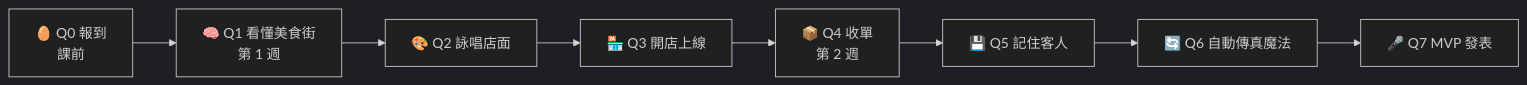
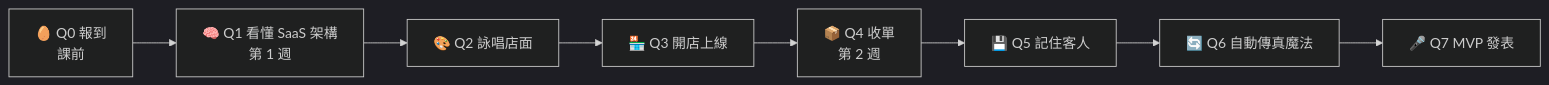
One commit to cychiang-ntpu/VibeNTPU changed the diagram in docs/quest_map.md. Above: the diagram before and after it, drawn with Mermaid (dark theme). The commit also changed other lines of this file and 37 other files, not shown here.

First line of the commit message:
Switch workflow to VS Code + GitHub Copilot; add social-media SaaS architecture

````diff
--- a/docs/quest_map.md
+++ b/docs/quest_map.md
@@ -12,10 +12,10 @@
 ```mermaid
 flowchart LR
-    Q0["🥚 Q0 報到<br/>課前"] --> Q1["🧠 Q1 看懂美食街<br/>第 1 週"]
+    Q0["🥚 Q0 報到<br/>課前"] --> Q1["🧠 Q1 看懂 SaaS 架構<br/>第 1 週"]
     Q1 --> Q2["🎨 Q2 詠唱店面"]
     Q2 --> Q3["🏪 Q3 開店上線"]
     Q3 --> Q4["📦 Q4 收單<br/>第 2 週"]
     Q4 --> Q5["💾 Q5 記住客人"]
     Q5 --> Q6["🔄 Q6 自動傳真魔法"]
     Q6 --> Q7["🎤 Q7 MVP 發表"]
 ```
````
